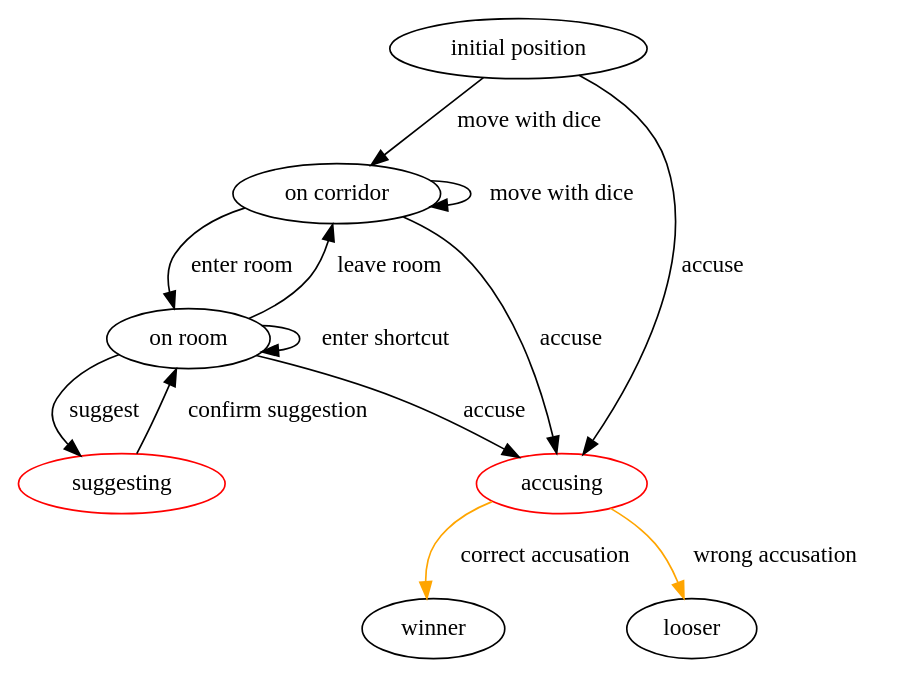
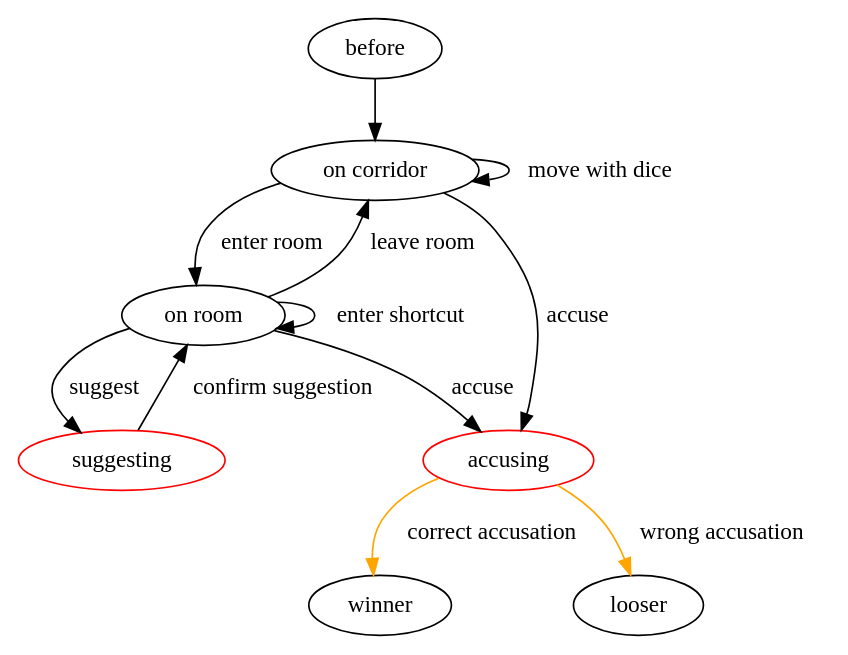
Before and after one commit to gustavonmartins/cluedo: the diagram in gameflow.dot, drawn with Graphviz. The commit also changed 1 other file, not shown here.

```diff
--- a/gameflow.dot
+++ b/gameflow.dot
@@ -1,23 +1,22 @@
 digraph {
 	rankdir = BL
+	I [label=before]
 	A [label="on corridor"]
 	C [label="on room"]
 	B [color=red, label="suggesting"]
 	D [color=red, label="accusing"]
 	H [label=winner]
 	E [label=looser]
-	F [label="initial position"]
 	A -> A [label="move with dice"]
-    F -> A [label="move with dice"]
     A -> C [label="enter room"]
+    I -> A
     C -> C [label="enter shortcut"]
     C -> B [label="suggest"]
     B -> C [label="confirm suggestion"]
     C -> A [label="leave room"]
     C -> D [label="accuse"]
     A -> D [label="accuse"]
-    F -> D [label="accuse"]
     D -> E [label="wrong accusation", color=orange]
     D -> H [label="correct accusation", color=orange]
 
 }
```
